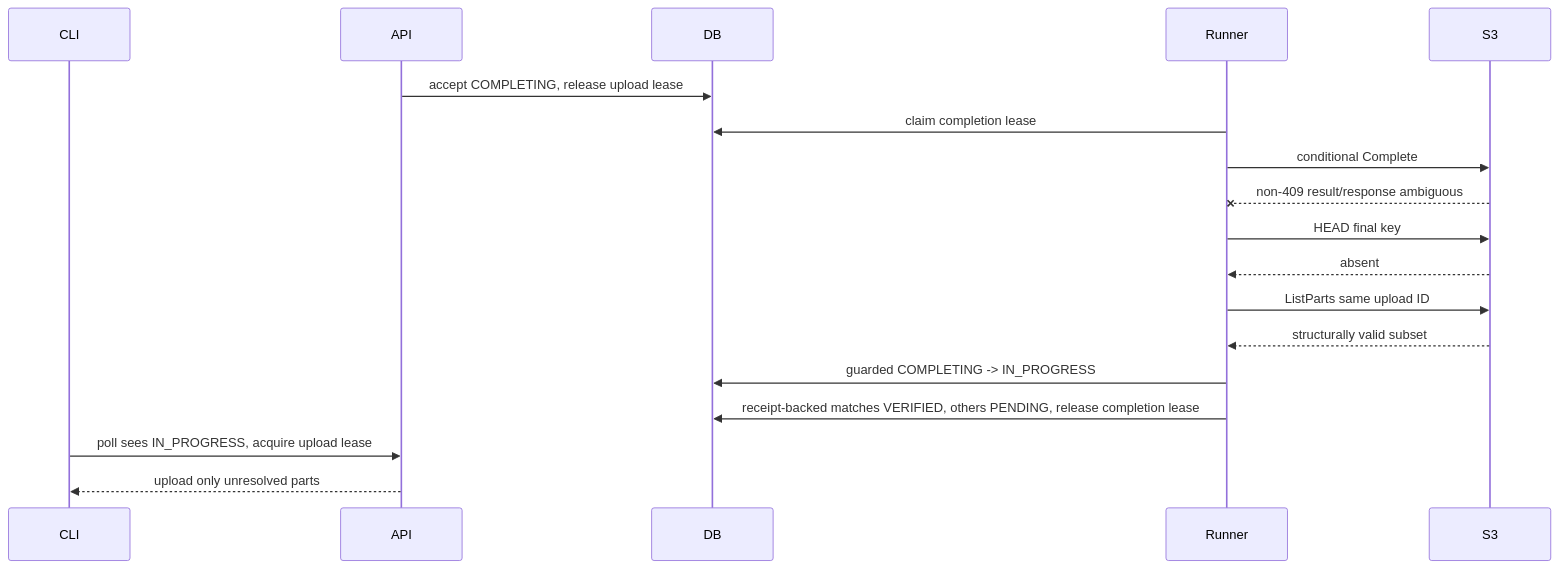
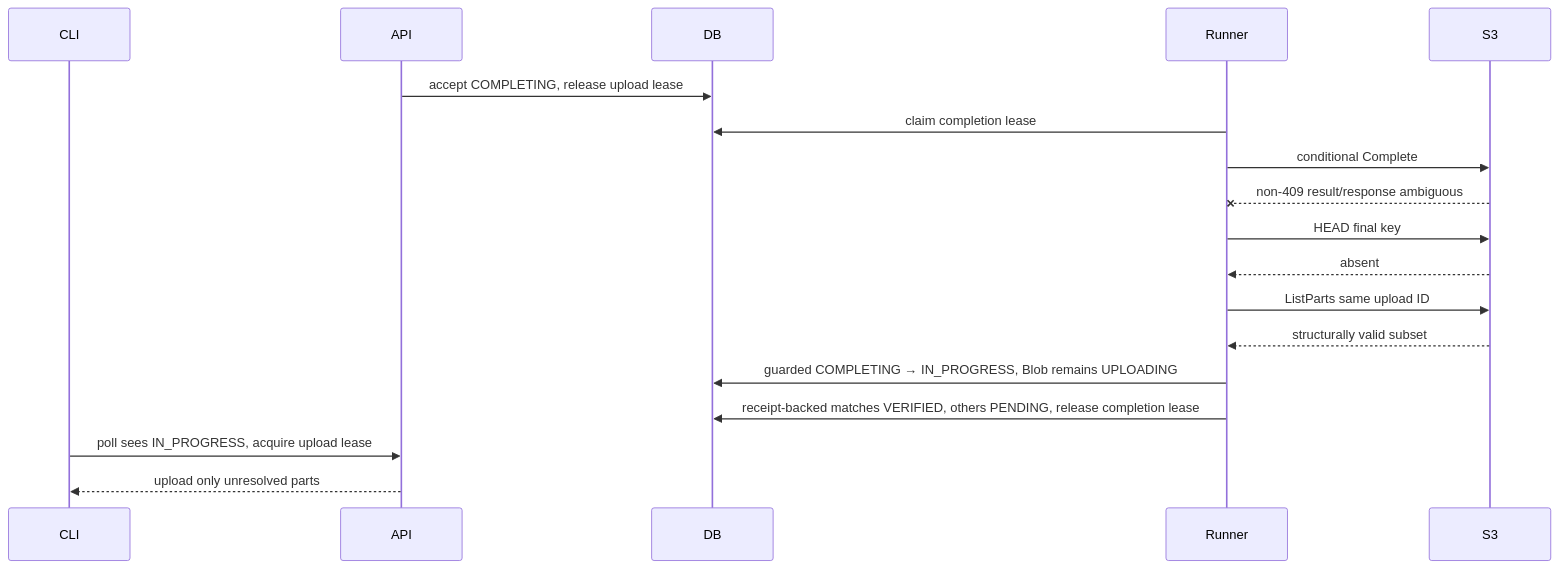
Before and after one commit to zbnerd/RoboLake: the fifth of 10 diagrams in docs/M2_MULTIPART_ARCHITECTURE.md, drawn with Mermaid. The commit also changed other lines of this file and 14 other files, not shown here.

````diff
--- a/docs/M2_MULTIPART_ARCHITECTURE.md
+++ b/docs/M2_MULTIPART_ARCHITECTURE.md
@@ -412,20 +460,20 @@
 ```mermaid
 sequenceDiagram
     participant CLI
     participant API
     participant DB
     participant Runner
     participant S3
     API->>DB: accept COMPLETING, release upload lease
     Runner->>DB: claim completion lease
     Runner->>S3: conditional Complete
     S3--xRunner: non-409 result/response ambiguous
     Runner->>S3: HEAD final key
     S3-->>Runner: absent
     Runner->>S3: ListParts same upload ID
     S3-->>Runner: structurally valid subset
-    Runner->>DB: guarded COMPLETING -> IN_PROGRESS
+    Runner->>DB: guarded COMPLETING → IN_PROGRESS, Blob remains UPLOADING
     Runner->>DB: receipt-backed matches VERIFIED, others PENDING, release completion lease
     CLI->>API: poll sees IN_PROGRESS, acquire upload lease
     API-->>CLI: upload only unresolved parts
 ```
````
